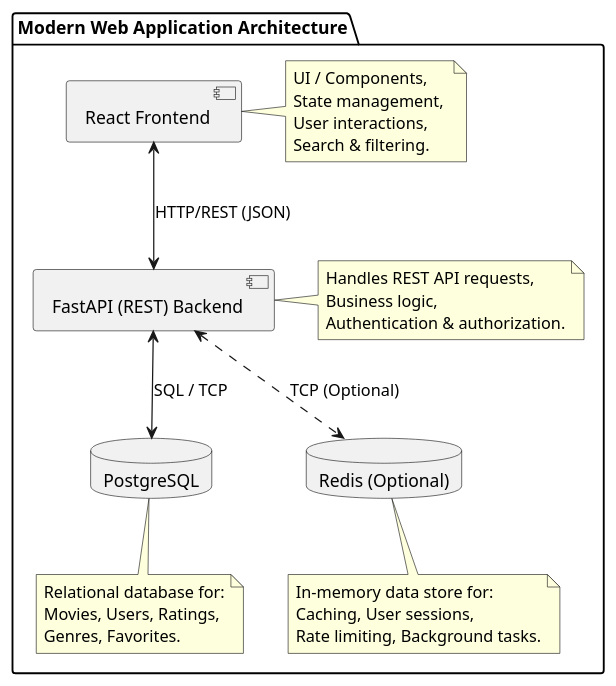
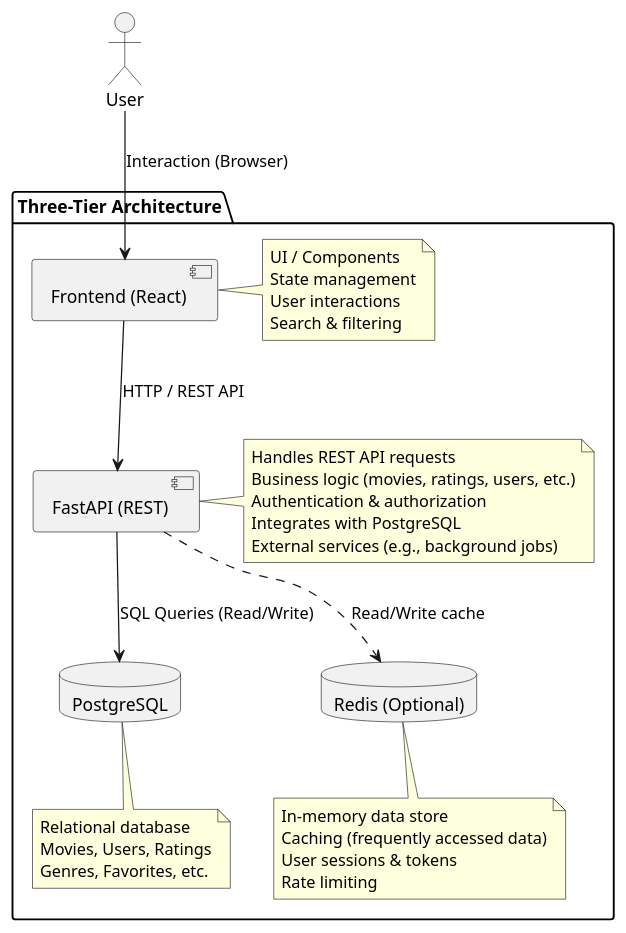
The diagram in docs/architecture/uml/component-diagram.puml (ukma-fin-ssdm-2026/ctrl-alt-defeat), drawn with PlantUML before and after one commit.

Commit message:
Refine UML component diagram
Updated component diagram to enhance clarity and detail.

```diff
--- a/docs/architecture/uml/component-diagram.puml
+++ b/docs/architecture/uml/component-diagram.puml
@@ -1,41 +1,46 @@
 @startuml
 skinparam componentStyle uml2
 
-package "Modern Web Application Architecture" {
+actor "User" as User
+
+package "Three-Tier Architecture" {
     
-    [React Frontend] as UI
+    component "Frontend (React)" as UI
     note right of UI
-      UI / Components, 
-      State management, 
-      User interactions, 
-      Search & filtering.
+      UI / Components
+      State management
+      User interactions
+      Search & filtering
     end note
 
-    [FastAPI (REST) Backend] as API
+    component "FastAPI (REST)" as API
     note right of API
-      Handles REST API requests,
-      Business logic,
-      Authentication & authorization.
+      Handles REST API requests
+      Business logic (movies, ratings, users, etc.)
+      Authentication & authorization
+      Integrates with PostgreSQL
+      External services (e.g., background jobs)
     end note
 
     database "PostgreSQL" as DB
     note bottom of DB
-      Relational database for:
-      Movies, Users, Ratings,
-      Genres, Favorites.
+      Relational database
+      Movies, Users, Ratings
+      Genres, Favorites, etc.
     end note
 
     database "Redis (Optional)" as Cache
     note bottom of Cache
-      In-memory data store for:
-      Caching, User sessions,
-      Rate limiting, Background tasks.
+      In-memory data store
+      Caching (frequently accessed data)
+      User sessions & tokens
+      Rate limiting
     end note
 
 }
 
-UI <--> API : HTTP/REST (JSON)
-API <--> DB : SQL / TCP
-API <..> Cache : TCP (Optional)
-
+User --> UI : Interaction (Browser)
+UI --> API : HTTP / REST API
+API --> DB : SQL Queries (Read/Write)
+API ..> Cache : Read/Write cache
 @enduml
```
